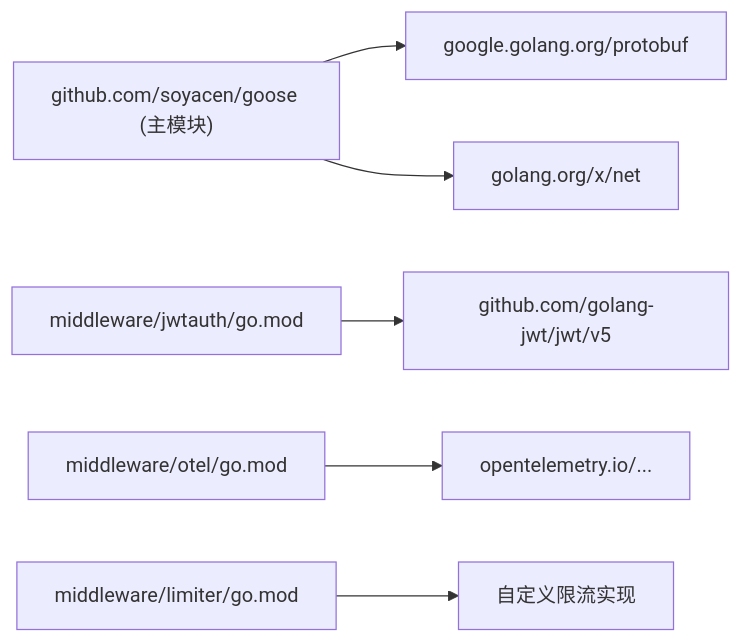
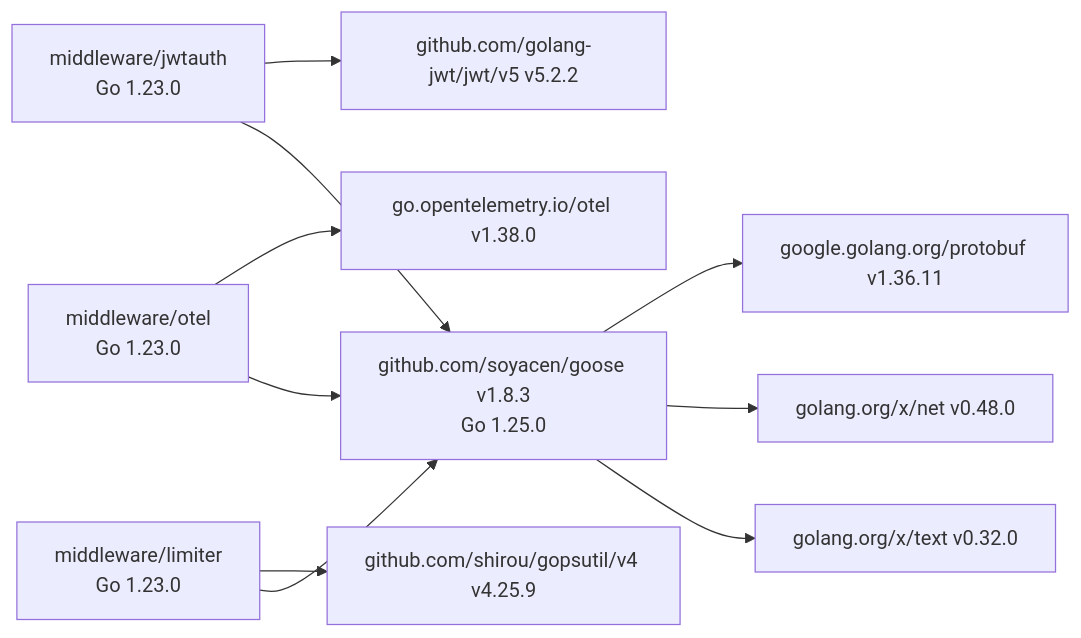
One commit to soyacen/goose changed the sixth of 6 diagrams in .agents/repowiki/zh/content/开发者指南.md. Above: the diagram before and after it, drawn with Mermaid. The commit also changed other lines of this file and 51 other files, not shown here.

````diff
--- a/.agents/repowiki/zh/content/开发者指南.md
+++ b/.agents/repowiki/zh/content/开发者指南.md
@@ -237,8 +280,12 @@
 ```mermaid
 graph LR
-Goose["github.com/soyacen/goose (主模块)"] --> Dep1["google.golang.org/protobuf"]
-Goose --> Dep2["golang.org/x/net"]
-SubJWT["middleware/jwtauth/go.mod"] --> JWTDep["github.com/golang-jwt/jwt/v5"]
-SubOTEL["middleware/otel/go.mod"] --> OTELDep["opentelemetry.io/..."]
-SubLimiter["middleware/limiter/go.mod"] --> LimDep["自定义限流实现"]
+Goose["github.com/soyacen/goose v1.8.3<br/>Go 1.25.0"] --> Dep1["google.golang.org/protobuf v1.36.11"]
+Goose --> Dep2["golang.org/x/net v0.48.0"]
+Goose --> Dep3["golang.org/x/text v0.32.0"]
+SubJWT["middleware/jwtauth<br/>Go 1.23.0"] --> JWTDep["github.com/golang-jwt/jwt/v5 v5.2.2"]
+SubJWT --> Goose
+SubOTEL["middleware/otel<br/>Go 1.23.0"] --> OTELDep["go.opentelemetry.io/otel v1.38.0"]
+SubOTEL --> Goose
+SubLimiter["middleware/limiter<br/>Go 1.23.0"] --> LimDep["github.com/shirou/gopsutil/v4 v4.25.9"]
+SubLimiter --> Goose
 ```
````
